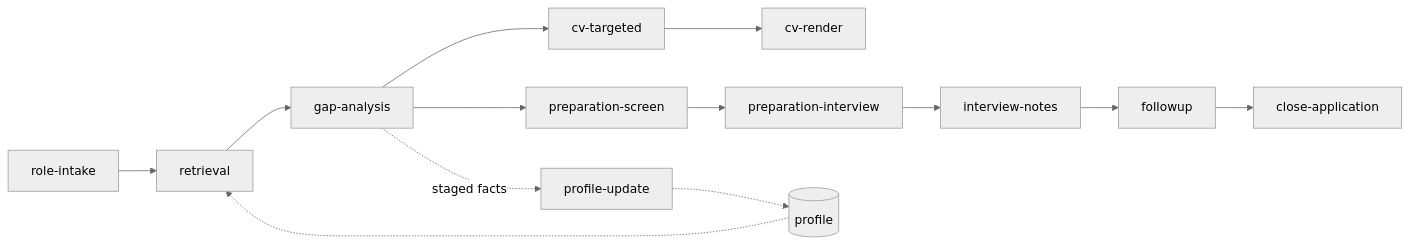
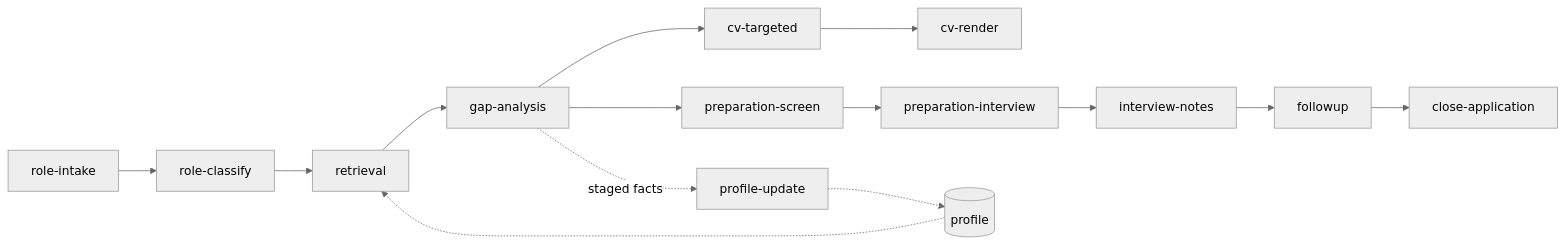
Before and after one commit to delos001/career: the diagram in README.md, drawn with Mermaid (neutral theme). The commit also changed other lines of this file and 27 other files, not shown here.

First line of the commit message:
Split ranking and axis classification into a role-classify skill

````diff
--- a/README.md
+++ b/README.md
@@ -121,15 +121,16 @@
 ```mermaid
 flowchart LR
-    A[role-intake] --> B[retrieval]
+    A[role-intake] --> A2[role-classify]
+    A2 --> B[retrieval]
     B --> C[gap-analysis]
     C --> D[cv-targeted]
     D --> E[cv-render]
     C --> F[preparation-screen]
     F --> G[preparation-interview]
     G --> H[interview-notes]
     H --> I[followup]
     I --> J[close-application]
     C -.staged facts.-> K[profile-update]
     K -.-> L[(profile)]
     L -.-> B
 ```
````
